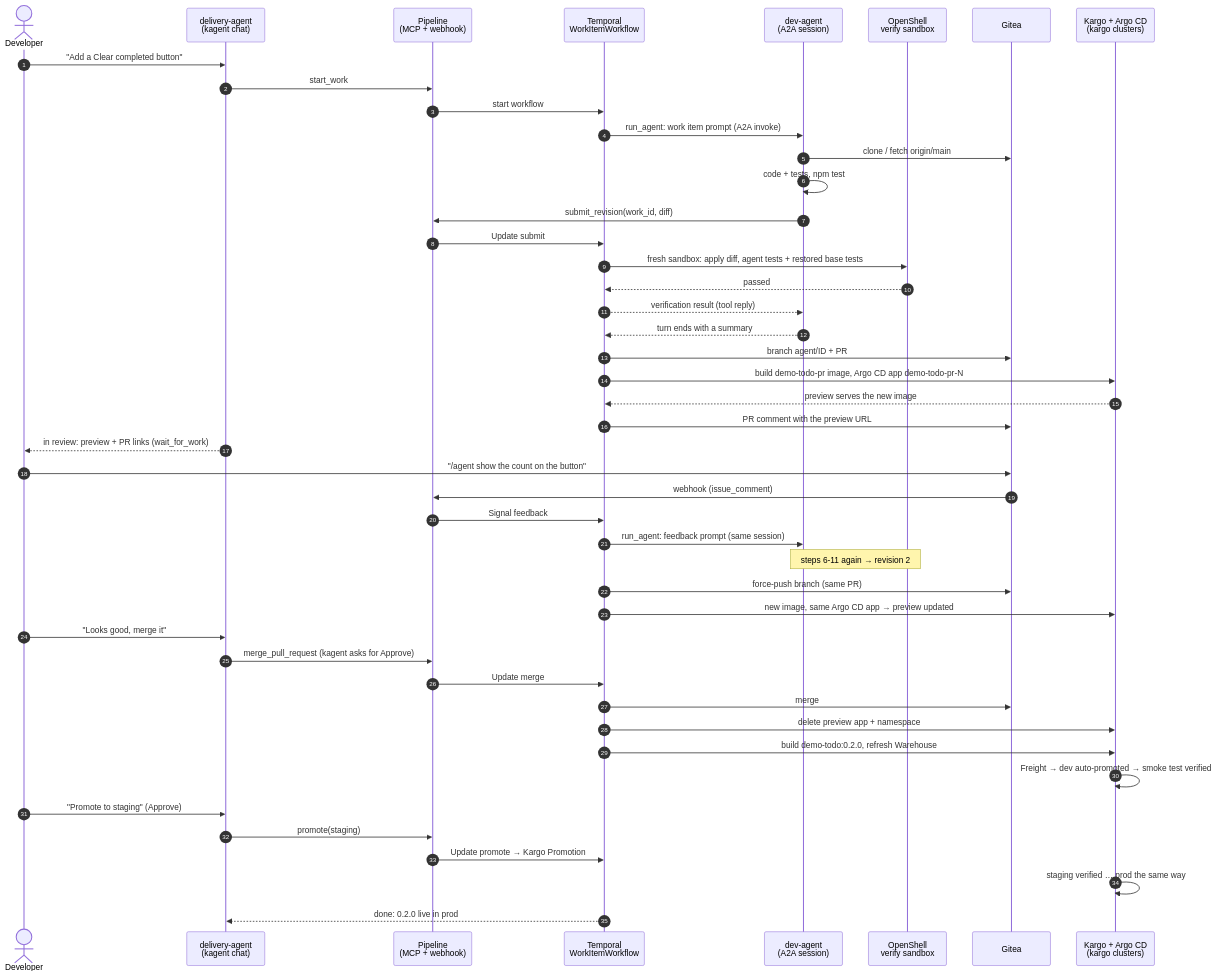
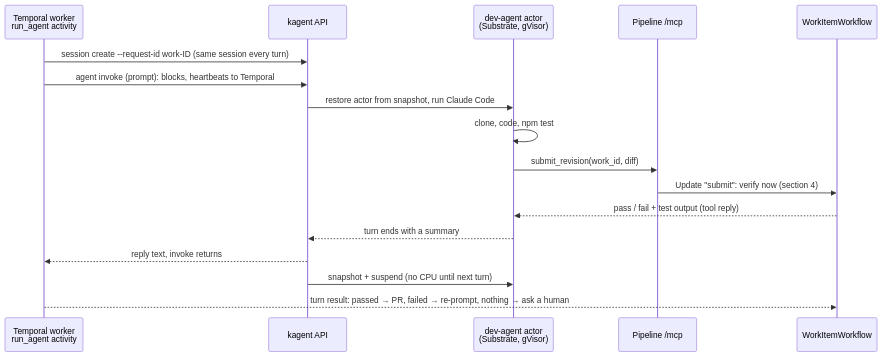
The third of 8 diagrams in docs/architecture.md (Mattchewone/poc-kagent), drawn with Mermaid before and after one commit. The commit also changed other lines of this file and 78 other files, not shown here.

Commit message:
chore: refining the workflow flow

````diff
--- a/docs/architecture.md
+++ b/docs/architecture.md
@@ -113,49 +50,20 @@
 ```mermaid
 sequenceDiagram
-  autonumber
-  actor Dev as Developer
-  participant C as delivery-agent<br/>(kagent chat)
-  participant P as Pipeline<br/>(MCP + webhook)
-  participant T as Temporal<br/>WorkItemWorkflow
-  participant A as dev-agent<br/>(A2A session)
-  participant S as OpenShell<br/>verify sandbox
-  participant G as Gitea
-  participant K as Kargo + Argo CD<br/>(kargo clusters)
+  participant W as Temporal worker<br/>run_agent activity
+  participant K as kagent API
+  participant A as dev-agent actor<br/>(Substrate, gVisor)
+  participant P as Pipeline /mcp
+  participant T as WorkItemWorkflow
 
-  Dev->>C: "Add a Clear completed button"
-  C->>P: start_work
-  P->>T: start workflow
-  T->>A: run_agent: work item prompt (A2A invoke)
-  A->>G: clone / fetch origin/main
-  A->>A: code + tests, npm test
+  W->>K: session create --request-id work-ID (same session every turn)
+  W->>K: agent invoke (prompt): blocks, heartbeats to Temporal
+  K->>A: restore actor from snapshot, run Claude Code
+  A->>A: clone, code, npm test
   A->>P: submit_revision(work_id, diff)
-  P->>T: Update submit
-  T->>S: fresh sandbox: apply diff, agent tests + restored base tests
-  S-->>T: passed
-  T-->>A: verification result (tool reply)
-  A-->>T: turn ends with a summary
-  T->>G: branch agent/ID + PR
-  T->>K: build demo-todo-pr image, Argo CD app demo-todo-pr-N
-  K-->>T: preview serves the new image
-  T->>G: PR comment with the preview URL
-  C-->>Dev: in review: preview + PR links (wait_for_work)
-  Dev->>G: "/agent show the count on the button"
-  G->>P: webhook (issue_comment)
-  P->>T: Signal feedback
-  T->>A: run_agent: feedback prompt (same session)
-  Note over A,S: steps 6-11 again → revision 2
-  T->>G: force-push branch (same PR)
-  T->>K: new image, same Argo CD app → preview updated
-  Dev->>C: "Looks good, merge it"
-  C->>P: merge_pull_request (kagent asks for Approve)
-  P->>T: Update merge
-  T->>G: merge
-  T->>K: delete preview app + namespace
-  T->>K: build demo-todo:0.2.0, refresh Warehouse
-  K->>K: Freight → dev auto-promoted → smoke test verified
-  Dev->>C: "Promote to staging" (Approve)
-  C->>P: promote(staging)
-  P->>T: Update promote → Kargo Promotion
-  K->>K: staging verified … prod the same way
-  T-->>C: done: 0.2.0 live in prod
+  P->>T: Update "submit": verify now (section 4)
+  T-->>A: pass / fail + test output (tool reply)
+  A-->>K: turn ends with a summary
+  K-->>W: reply text, invoke returns
+  K->>A: snapshot + suspend (no CPU until next turn)
+  W-->>T: turn result: passed → PR, failed → re-prompt, nothing → ask a human
 ```
````
